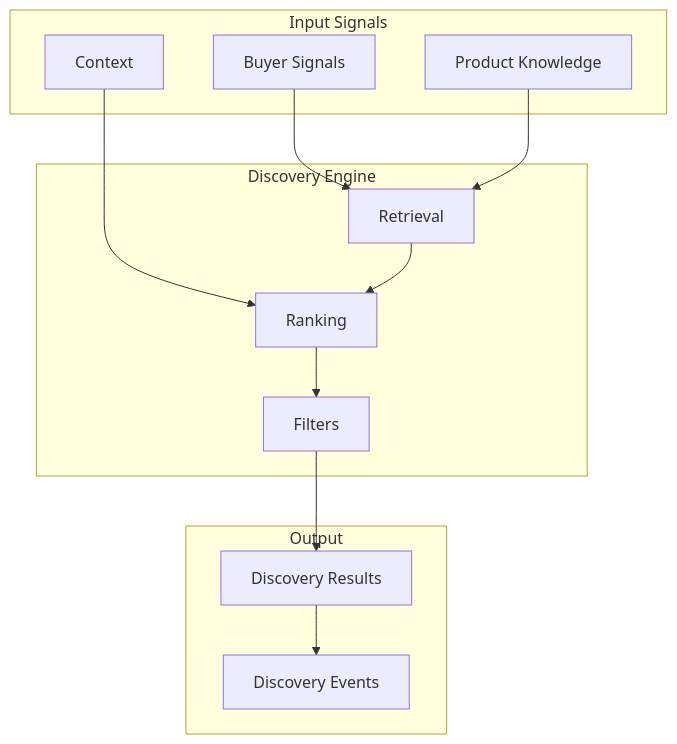
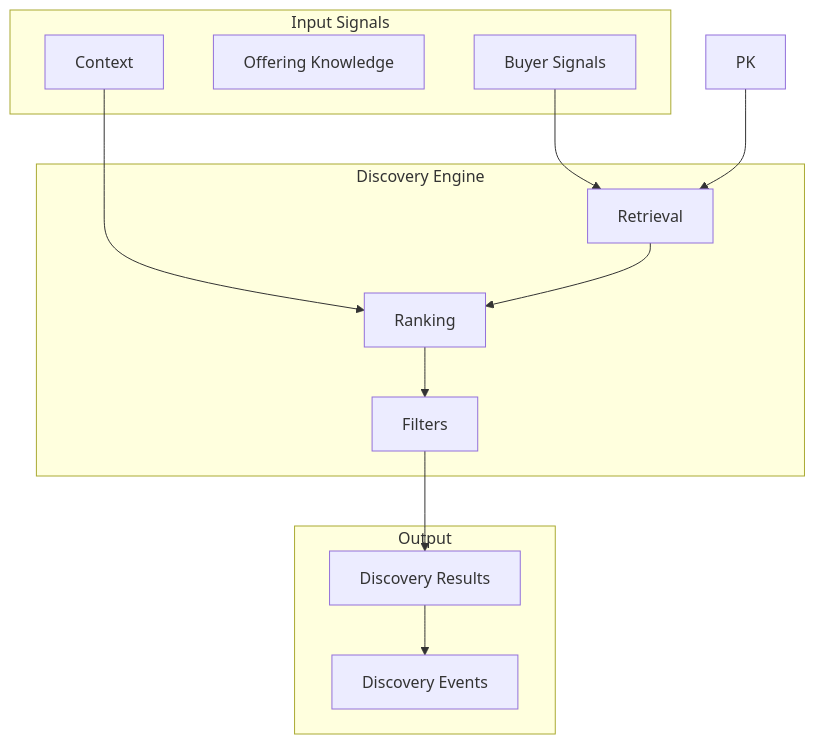
One commit to petkao/pinkcurve-blueprint changed the third of 3 diagrams in docs/06-discovery-engine.md. Above: the diagram before and after it, drawn with Mermaid. The commit also changed other lines of this file and 18 other files, not shown here.

Commit message:
Blueprint v0.2: Establish offering-centric visual discovery architecture

````diff
--- a/docs/06-discovery-engine.md
+++ b/docs/06-discovery-engine.md
@@ -186,27 +186,27 @@
 ```mermaid
 flowchart TB
     subgraph Input["Input Signals"]
         BS[Buyer Signals]
-        PK[Product Knowledge]
+        OK[Offering Knowledge]
         Context[Context]
     end
 
     subgraph Engine["Discovery Engine"]
         Retrieval
         Ranking
         Filters
     end
 
     subgraph Output["Output"]
         Results[Discovery Results]
         Events[Discovery Events]
     end
 
     BS --> Retrieval
     PK --> Retrieval
     Context --> Ranking
     Retrieval --> Ranking
     Ranking --> Filters
     Filters --> Results
     Results --> Events
 ```
````
